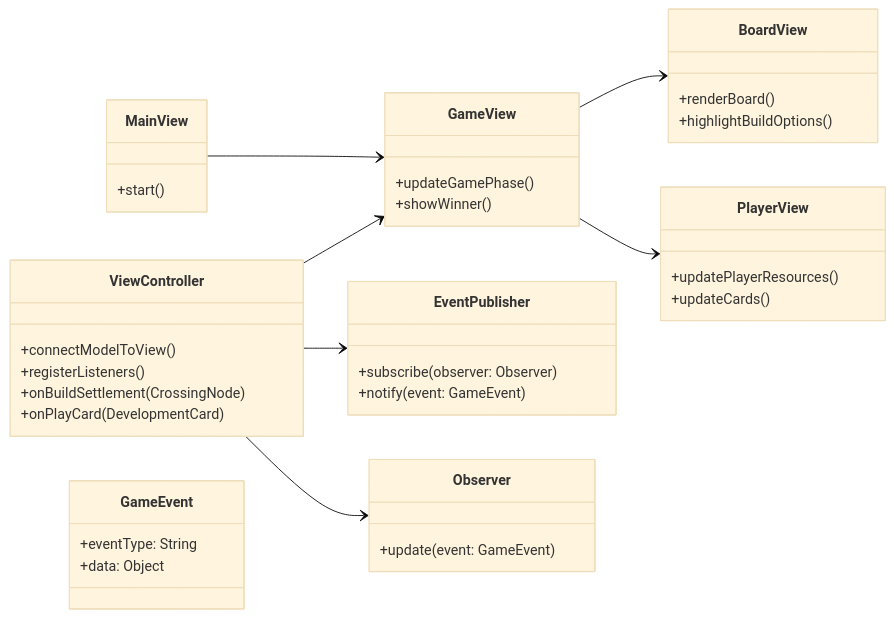
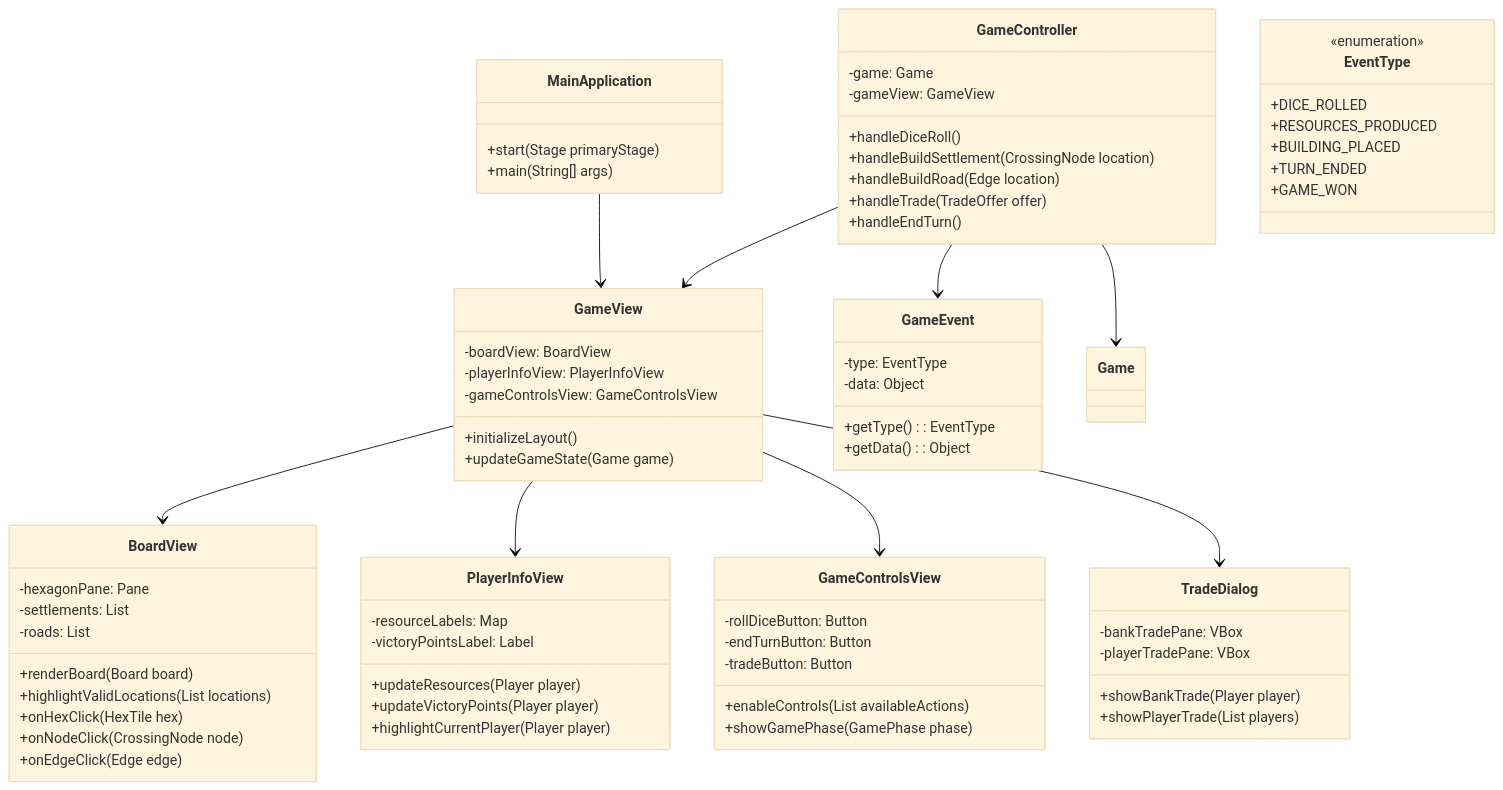
One commit to Jakob-332/Dealer-von-Catan changed the fourth of 5 diagrams in ClassDiagram.md. Above: the diagram before and after it, drawn with Mermaid (base theme). The commit also changed other lines of this file, not shown here.

````diff
--- a/ClassDiagram.md
+++ b/ClassDiagram.md
@@ -256,51 +270,88 @@
 ```mermaid
 classDiagram
-direction LR
+direction TB
 
-class MainView {
-  +start()
+class MainApplication {
+  +start(Stage primaryStage)
+  +main(String[] args)
 }
 
-class PlayerView {
-  +updatePlayerResources()
-  +updateCards()
+class GameView {
+  -boardView: BoardView
+  -playerInfoView: PlayerInfoView
+  -gameControlsView: GameControlsView
+  +initializeLayout()
+  +updateGameState(Game game)
 }
 
 class BoardView {
-  +renderBoard()
-  +highlightBuildOptions()
+  -hexagonPane: Pane
+  -settlements: List<Circle>
+  -roads: List<Line>
+  +renderBoard(Board board)
+  +highlightValidLocations(List<Location> locations)
+  +onHexClick(HexTile hex)
+  +onNodeClick(CrossingNode node)
+  +onEdgeClick(Edge edge)
 }
 
-class GameView {
-  +updateGamePhase()
-  +showWinner()
+class PlayerInfoView {
+  -resourceLabels: Map<ResourceType, Label>
+  -victoryPointsLabel: Label
+  +updateResources(Player player)
+  +updateVictoryPoints(Player player)
+  +highlightCurrentPlayer(Player player)
 }
 
-class ViewController {
-  +connectModelToView()
-  +registerListeners()
-  +onBuildSettlement(CrossingNode)
-  +onPlayCard(DevelopmentCard)
+class GameControlsView {
+  -rollDiceButton: Button
+  -endTurnButton: Button
+  -tradeButton: Button
+  +enableControls(List<GameAction> availableActions)
+  +showGamePhase(GamePhase phase)
 }
 
-class GameEvent {
-  +eventType: String
-  +data: Object
+class TradeDialog {
+  -bankTradePane: VBox
+  -playerTradePane: VBox
+  +showBankTrade(Player player)
+  +showPlayerTrade(List<Player> players)
 }
 
-class EventPublisher {
-  +subscribe(observer: Observer)
-  +notify(event: GameEvent)
+class GameController {
+  -game: Game
+  -gameView: GameView
+  +handleDiceRoll()
+  +handleBuildSettlement(CrossingNode location)
+  +handleBuildRoad(Edge location)
+  +handleTrade(TradeOffer offer)
+  +handleEndTurn()
 }
 
-class Observer {
-  +update(event: GameEvent)
+%% Event System
+class GameEvent {
+  -type: EventType
+  -data: Object
+  +getType(): EventType
+  +getData(): Object
 }
 
-MainView --> GameView
+class EventType {
+  <<enumeration>>
+  +DICE_ROLLED
+  +RESOURCES_PRODUCED
+  +BUILDING_PLACED
+  +TURN_ENDED
+  +GAME_WON
+}
+
+%% Beziehungen
+MainApplication --> GameView
 GameView --> BoardView
-GameView --> PlayerView
-ViewController --> GameView
-ViewController --> EventPublisher
-ViewController --> Observer
+GameView --> PlayerInfoView
+GameView --> GameControlsView
+GameView --> TradeDialog
+GameController --> GameView
+GameController --> Game
+GameController --> GameEvent
 ```
````
